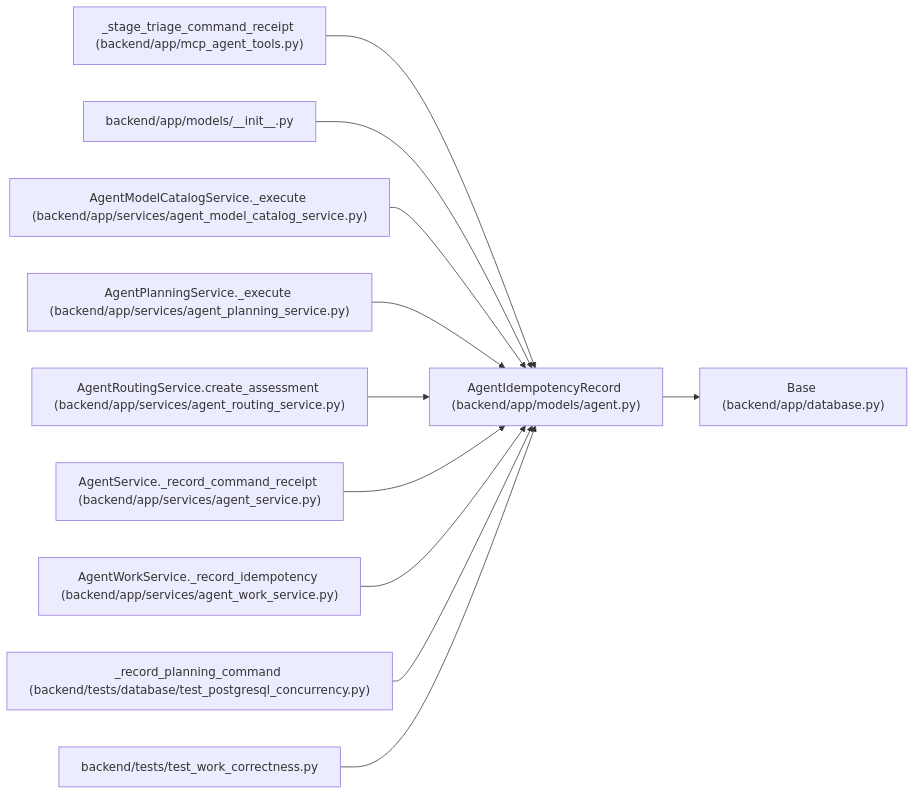
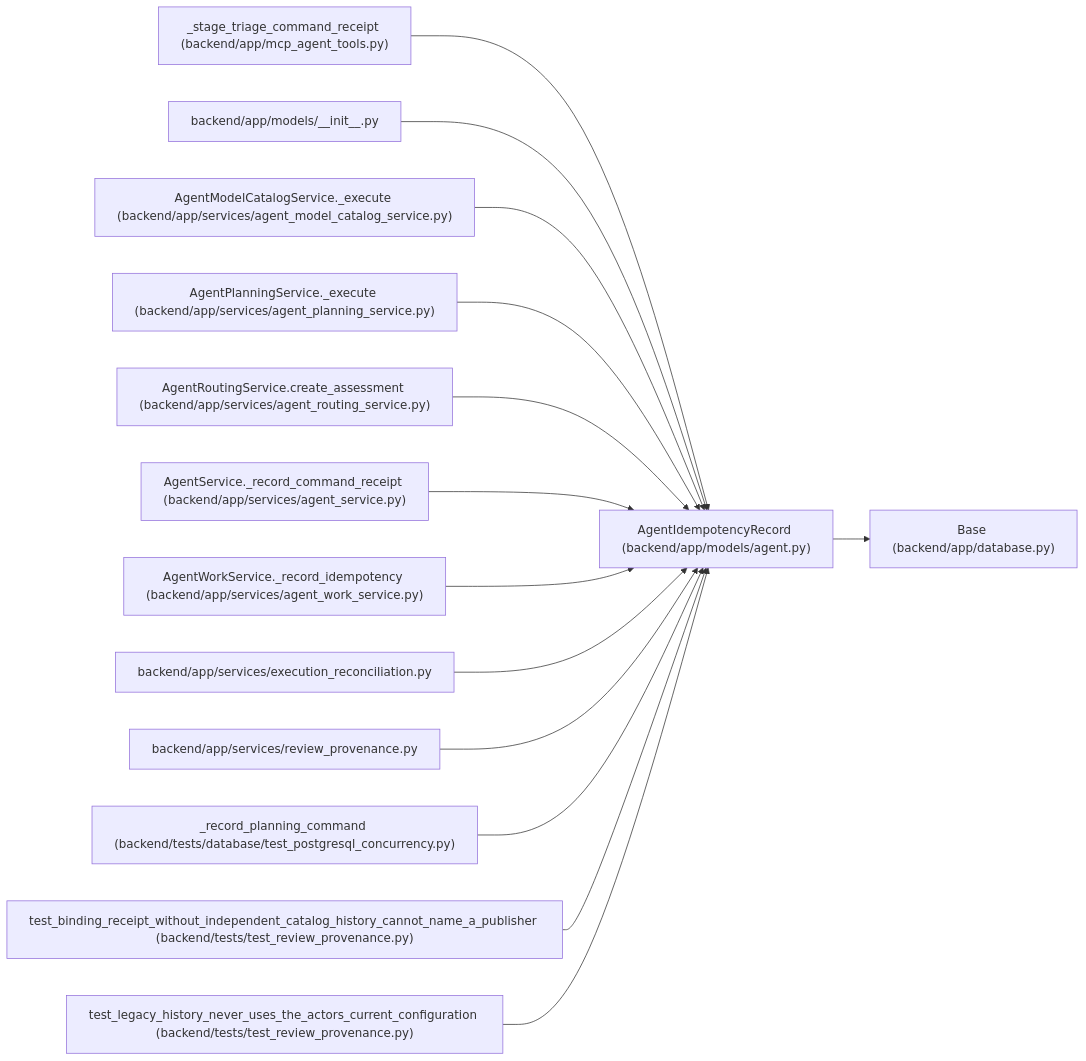
The diagram in docs/llm_wiki/entities/AgentIdempotencyRecord.md (Denissvgn/WorkChord), drawn with Mermaid before and after one commit. The commit also changed other lines of this file and 2373 other files, not shown here.

````diff
--- a/docs/llm_wiki/entities/AgentIdempotencyRecord.md
+++ b/docs/llm_wiki/entities/AgentIdempotencyRecord.md
@@ -33,35 +33,44 @@
 ```mermaid
 flowchart LR
     n0["AgentIdempotencyRecord (backend/app/models/agent.py)"]
     n1["Base (backend/app/database.py)"]
     n2["_stage_triage_command_receipt (backend/app/mcp_agent_tools.py)"]
     n3["backend/app/models/__init__.py"]
     n4["AgentModelCatalogService._execute (backend/app/services/agent_model_catalog_service.py)"]
     n5["AgentPlanningService._execute (backend/app/services/agent_planning_service.py)"]
     n6["AgentRoutingService.create_assessment (backend/app/services/agent_routing_service.py)"]
     n7["AgentService._record_command_receipt (backend/app/services/agent_service.py)"]
     n8["AgentWorkService._record_idempotency (backend/app/services/agent_work_service.py)"]
-    n9["_record_planning_command (backend/tests/database/test_postgresql_concurrency.py)"]
-    n10["backend/tests/test_work_correctness.py"]
+    n9["backend/app/services/execution_reconciliation.py"]
+    n10["backend/app/services/review_provenance.py"]
+    n11["_record_planning_command (backend/tests/database/test_postgresql_concurrency.py)"]
+    n12["test_binding_receipt_without_independent_catalog_history_cannot_name_a_publisher (backend/tests/test_review_provenance.py)"]
+    n13["test_legacy_history_never_uses_the_actors_current_configuration (backend/tests/test_review_provenance.py)"]
     n0 --> n1
     n2 --> n0
     n3 --> n0
     n4 --> n0
     n5 --> n0
     n6 --> n0
     n7 --> n0
     n8 --> n0
     n9 --> n0
     n10 --> n0
+    n11 --> n0
+    n12 --> n0
+    n13 --> n0
     click n0 "../modules/models_agent.md"
     click n1 "../modules/app_database.md"
     click n2 "../modules/mcp_agent_tools.md"
     click n3 "../modules/models___init__.md"
     click n4 "../modules/agent_model_catalog_service.md"
     click n5 "../modules/agent_planning_service.md"
     click n6 "../modules/agent_routing_service.md"
     click n7 "../modules/agent_service.md"
     click n8 "../modules/agent_work_service.md"
-    click n9 "../modules/test_postgresql_concurrency.md"
-    click n10 "../modules/test_work_correctness.md"
+    click n9 "../modules/execution_reconciliation.md"
+    click n10 "../modules/review_provenance.md"
+    click n11 "../modules/test_postgresql_concurrency.md"
+    click n12 "../modules/test_review_provenance.md"
+    click n13 "../modules/test_review_provenance.md"
 ```
````
